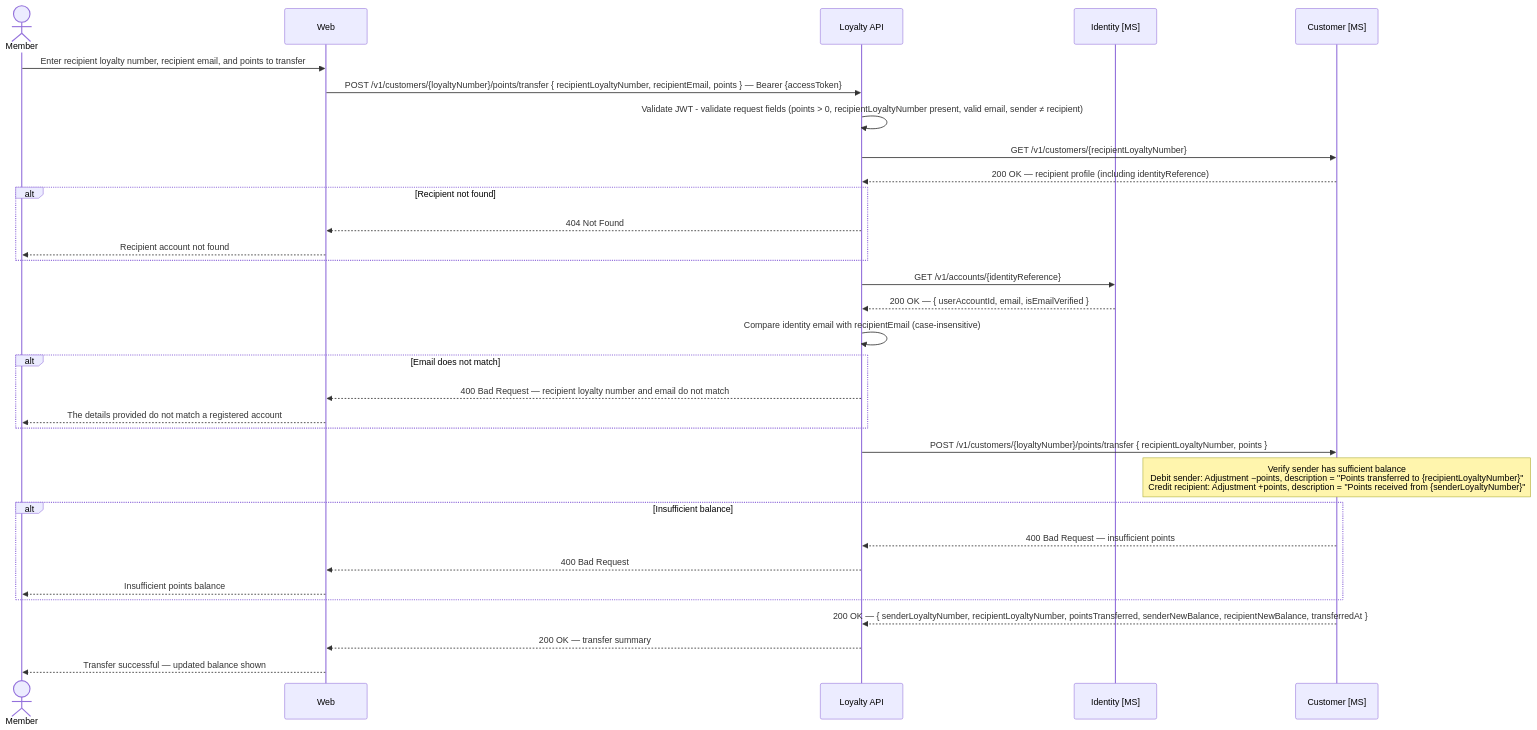
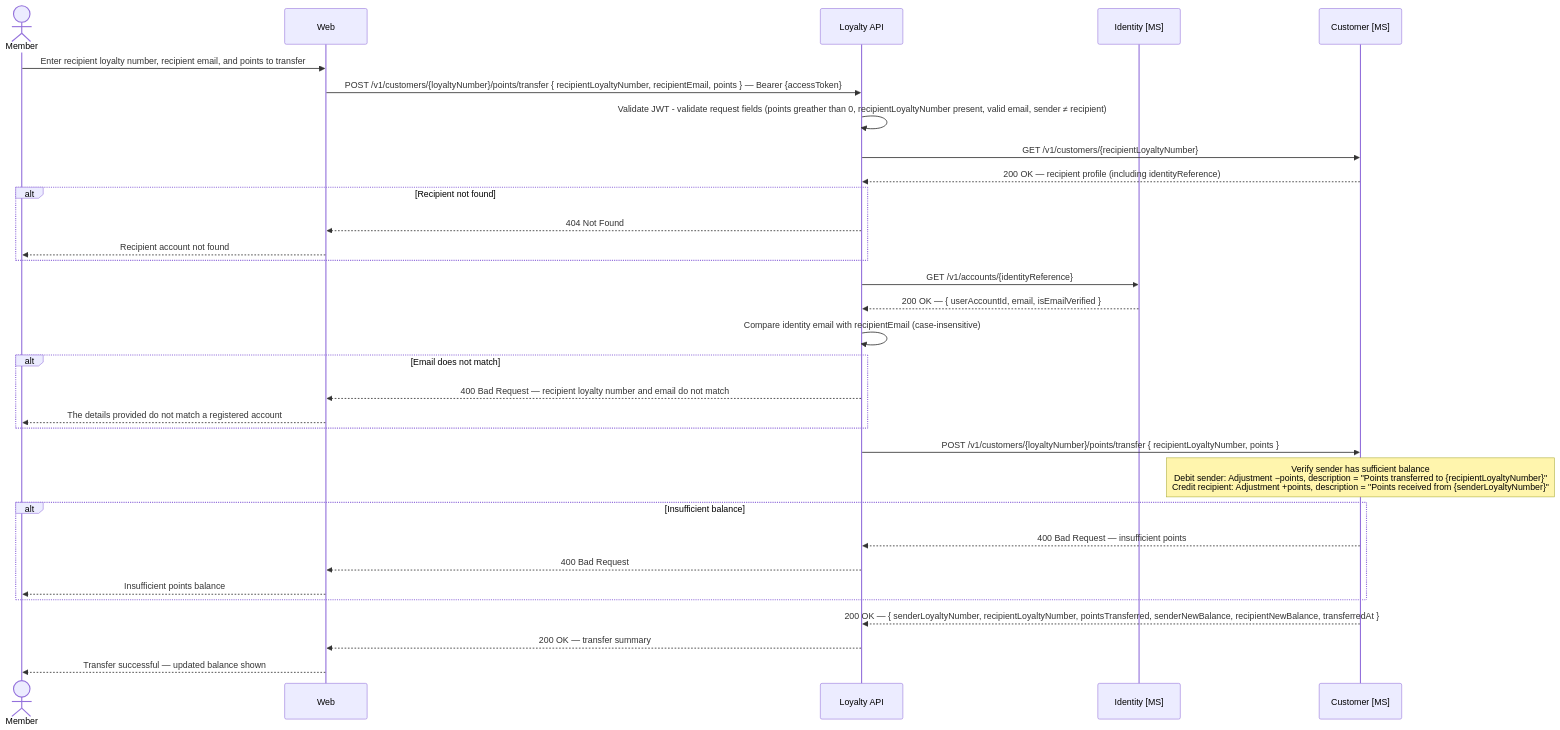
Before and after one commit to sebharvey/airline-reservation-system: the seventh of 7 diagrams in documentation/design/customer.md, drawn with Mermaid.

````diff
--- a/documentation/design/customer.md
+++ b/documentation/design/customer.md
@@ -330,44 +330,44 @@
 ```mermaid
 sequenceDiagram
     actor Member
     participant Web
     participant LoyaltyAPI as Loyalty API
     participant IdentityMS as Identity [MS]
     participant CustomerMS as Customer [MS]
 
     Member->>Web: Enter recipient loyalty number, recipient email, and points to transfer
     Web->>LoyaltyAPI: POST /v1/customers/{loyaltyNumber}/points/transfer { recipientLoyaltyNumber, recipientEmail, points } — Bearer {accessToken}
 
-    LoyaltyAPI->>LoyaltyAPI: Validate JWT - validate request fields (points > 0, recipientLoyaltyNumber present, valid email, sender ≠ recipient)
+    LoyaltyAPI->>LoyaltyAPI: Validate JWT - validate request fields (points greather than 0, recipientLoyaltyNumber present, valid email, sender ≠ recipient)
 
     LoyaltyAPI->>CustomerMS: GET /v1/customers/{recipientLoyaltyNumber}
     CustomerMS-->>LoyaltyAPI: 200 OK — recipient profile (including identityReference)
 
     alt Recipient not found
         LoyaltyAPI-->>Web: 404 Not Found
         Web-->>Member: Recipient account not found
     end
 
     LoyaltyAPI->>IdentityMS: GET /v1/accounts/{identityReference}
     IdentityMS-->>LoyaltyAPI: 200 OK — { userAccountId, email, isEmailVerified }
 
     LoyaltyAPI->>LoyaltyAPI: Compare identity email with recipientEmail (case-insensitive)
 
     alt Email does not match
         LoyaltyAPI-->>Web: 400 Bad Request — recipient loyalty number and email do not match
         Web-->>Member: The details provided do not match a registered account
     end
 
     LoyaltyAPI->>CustomerMS: POST /v1/customers/{loyaltyNumber}/points/transfer { recipientLoyaltyNumber, points }
     Note over CustomerMS: Verify sender has sufficient balance<br/>Debit sender: Adjustment −points, description = "Points transferred to {recipientLoyaltyNumber}"<br/>Credit recipient: Adjustment +points, description = "Points received from {senderLoyaltyNumber}"
 
     alt Insufficient balance
         CustomerMS-->>LoyaltyAPI: 400 Bad Request — insufficient points
         LoyaltyAPI-->>Web: 400 Bad Request
         Web-->>Member: Insufficient points balance
     end
 
     CustomerMS-->>LoyaltyAPI: 200 OK — { senderLoyaltyNumber, recipientLoyaltyNumber, pointsTransferred, senderNewBalance, recipientNewBalance, transferredAt }
     LoyaltyAPI-->>Web: 200 OK — transfer summary
     Web-->>Member: Transfer successful — updated balance shown
 ```
````
